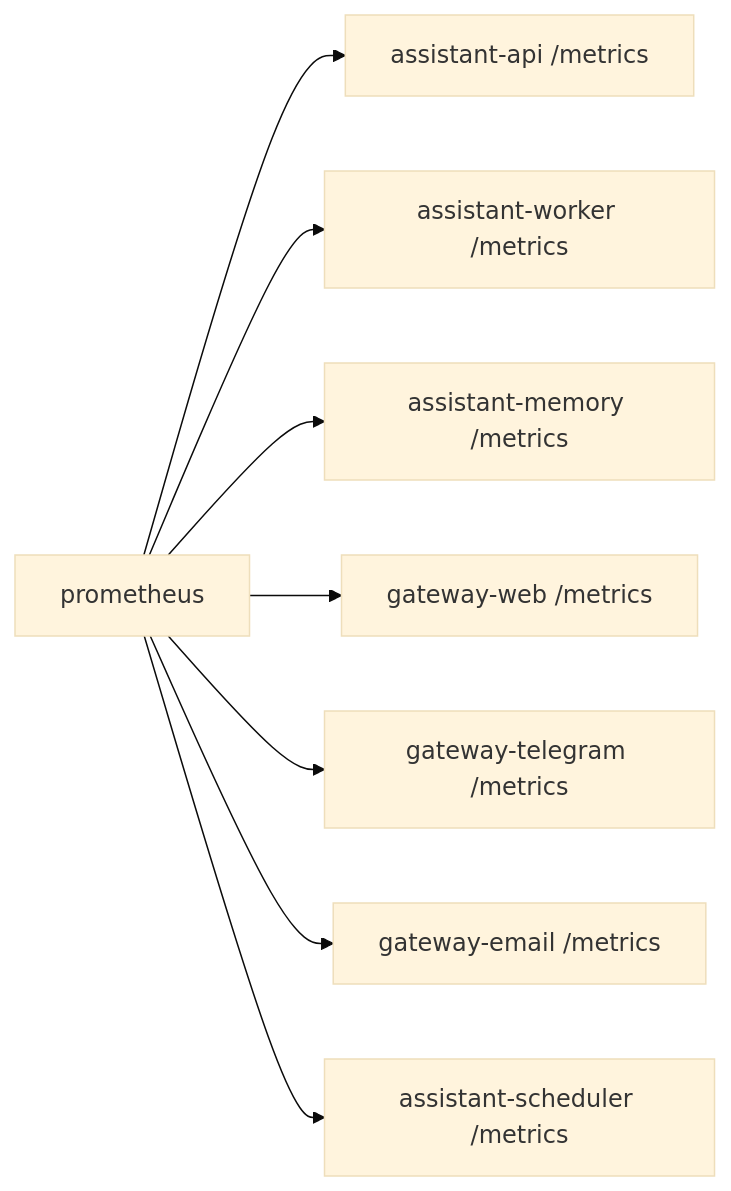
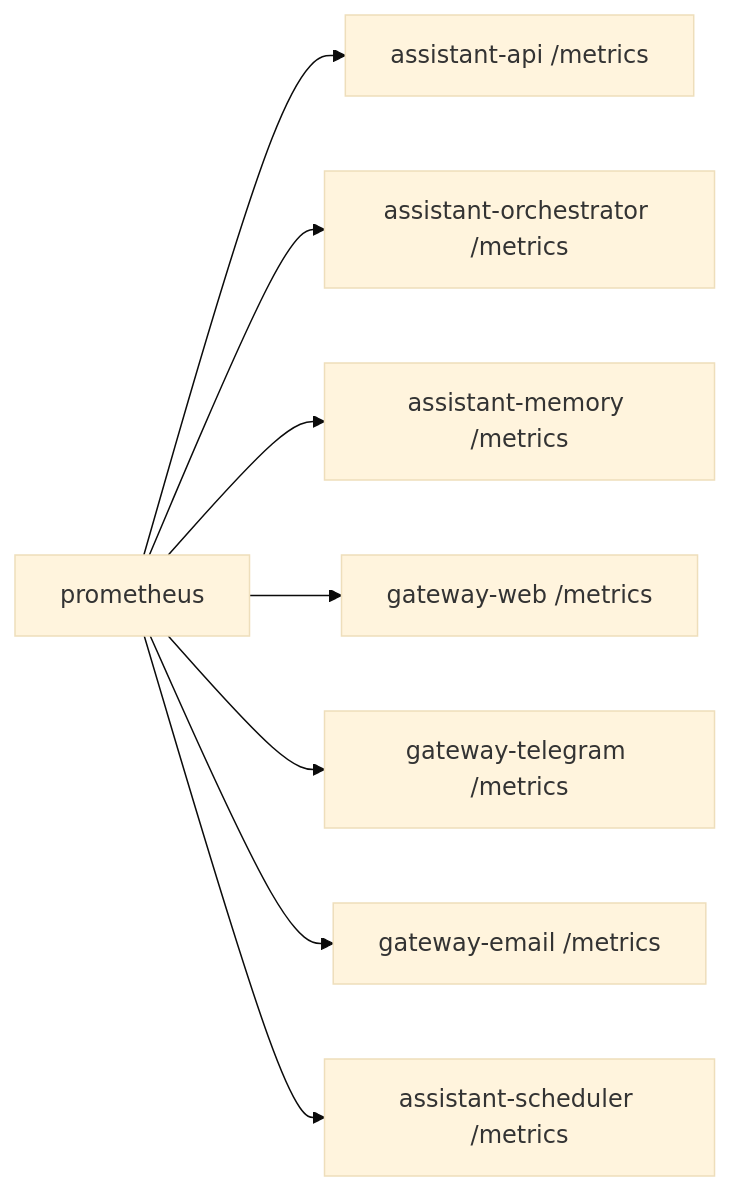
Before and after one commit to vinitu/my-concierge: the diagram in docs/services/prometheus.md, drawn with Mermaid (base theme). The commit also changed 195 other files, not shown here.

First line of the commit message:
refactor: update application modules and remove assistant-worker

````diff
--- a/docs/services/prometheus.md
+++ b/docs/services/prometheus.md
@@ -17,10 +17,10 @@
 ```mermaid
 flowchart LR
     Prom["prometheus"] --> API["assistant-api /metrics"]
-    Prom --> Worker["assistant-worker /metrics"]
+    Prom --> Worker["assistant-orchestrator /metrics"]
     Prom --> Memory["assistant-memory /metrics"]
     Prom --> Web["gateway-web /metrics"]
     Prom --> Telegram["gateway-telegram /metrics"]
     Prom --> Email["gateway-email /metrics"]
     Prom --> Scheduler["assistant-scheduler /metrics"]
 ```
````
